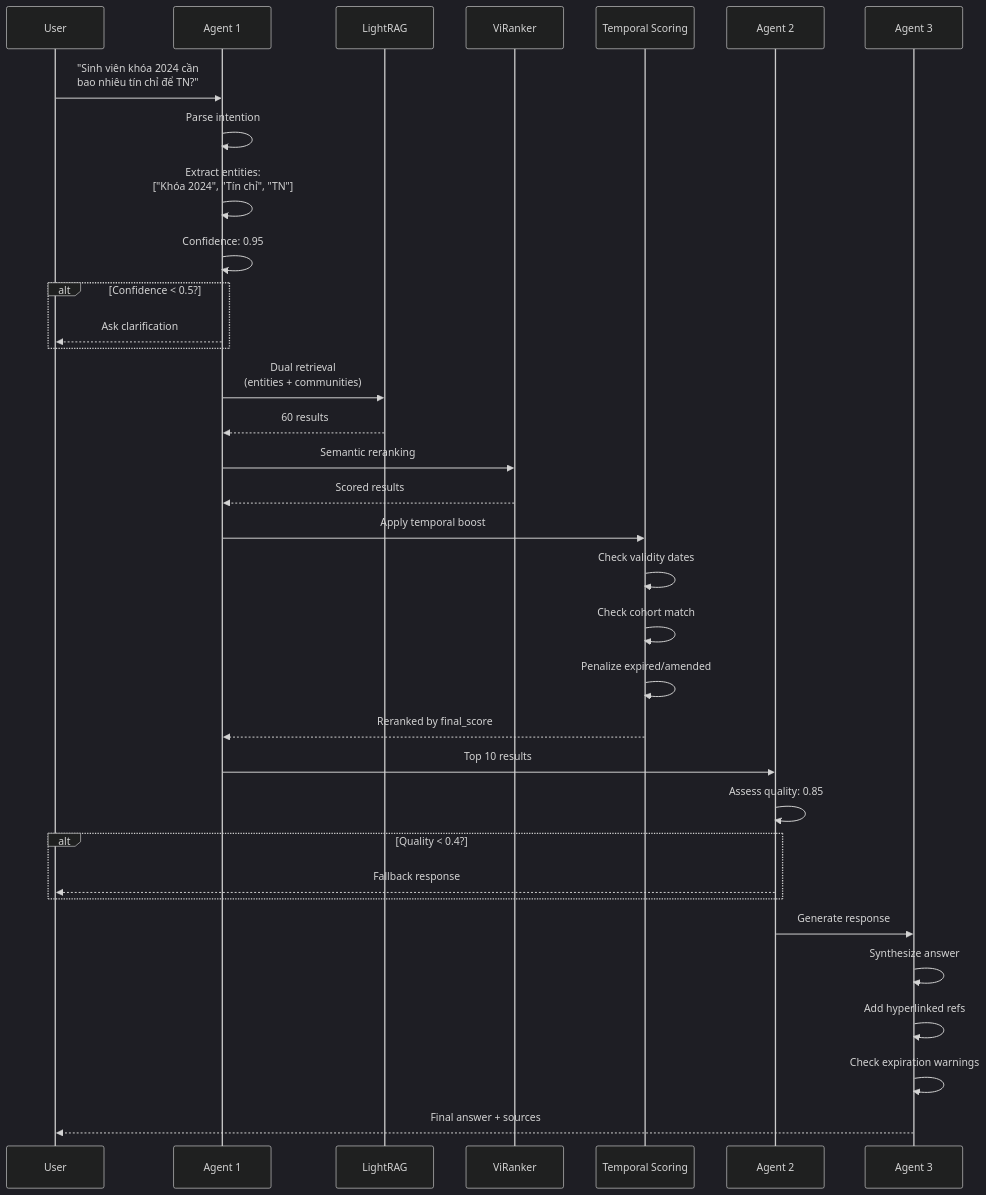
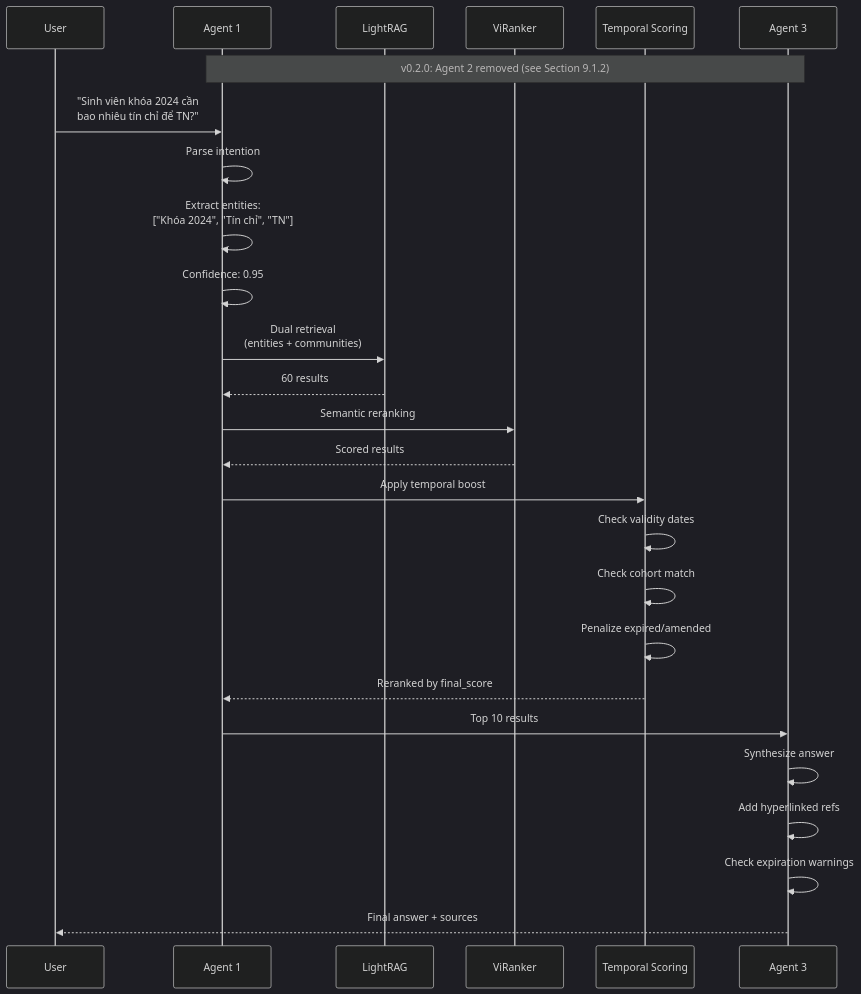
Before and after one commit to Jajajou/UIT_DOCS_AGENT: the seventh of 9 diagrams in docs/thesis/TECHNICAL_REPORT_COMPREHENSIVE.md, drawn with Mermaid (dark theme). The commit also changed other lines of this file and 16 other files, not shown here.

````diff
--- a/docs/thesis/TECHNICAL_REPORT_COMPREHENSIVE.md
+++ b/docs/thesis/TECHNICAL_REPORT_COMPREHENSIVE.md
@@ -725,45 +723,35 @@
 ```mermaid
 sequenceDiagram
     participant User
     participant A1 as Agent 1
     participant LR as LightRAG
     participant VR as ViRanker
     participant TS as Temporal Scoring
-    participant A2 as Agent 2
     participant A3 as Agent 3
+
+    Note over A1,A3: v0.2.0: Agent 2 removed (see Section 9.1.2)
 
     User->>A1: "Sinh viên khóa 2024 cần<br/>bao nhiêu tín chỉ để TN?"
 
     A1->>A1: Parse intention
     A1->>A1: Extract entities:<br/>["Khóa 2024", "Tín chỉ", "TN"]
     A1->>A1: Confidence: 0.95
-
-    alt Confidence < 0.5?
-        A1-->>User: Ask clarification
-    end
 
     A1->>LR: Dual retrieval<br/>(entities + communities)
     LR-->>A1: 60 results
 
     A1->>VR: Semantic reranking
     VR-->>A1: Scored results
 
     A1->>TS: Apply temporal boost
     TS->>TS: Check validity dates
     TS->>TS: Check cohort match
     TS->>TS: Penalize expired/amended
     TS-->>A1: Reranked by final_score
 
-    A1->>A2: Top 10 results
-    A2->>A2: Assess quality: 0.85
-
-    alt Quality < 0.4?
-        A2-->>User: Fallback response
-    end
-
-    A2->>A3: Generate response
+    A1->>A3: Top 10 results
     A3->>A3: Synthesize answer
     A3->>A3: Add hyperlinked refs
     A3->>A3: Check expiration warnings
     A3-->>User: Final answer + sources
 ```
````
